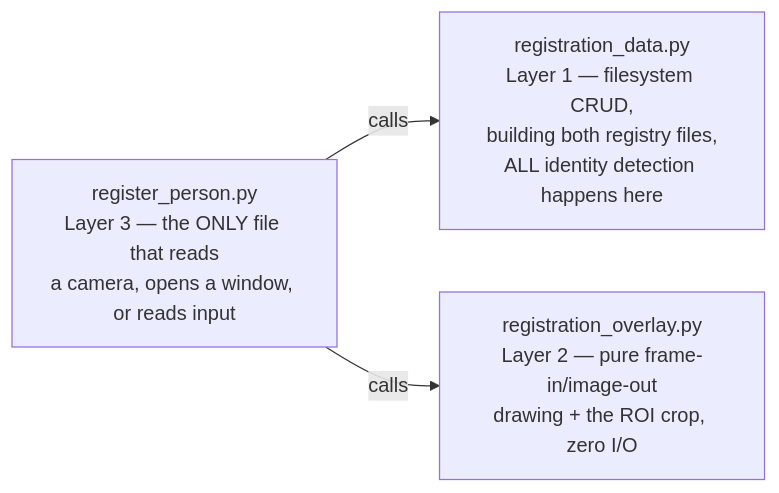
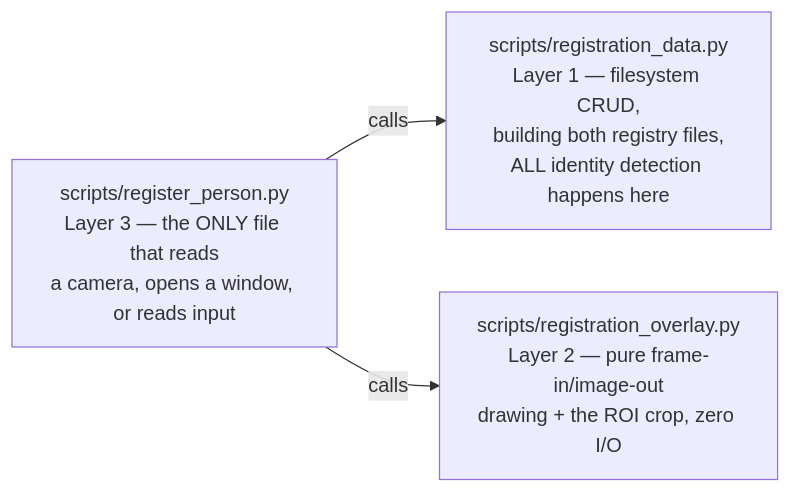
The third of 9 diagrams in docs/architecture.md (NhatNam041206/UOG_ARL_FOLLOWME), drawn with Mermaid before and after one commit. The commit also changed other lines of this file and 34 other files, not shown here.

First line of the commit message:
Restructure repo: tests/scripts/models folders, main.py as the only root .py file

````diff
--- a/docs/architecture.md
+++ b/docs/architecture.md
@@ -253,8 +305,8 @@
 ```mermaid
 flowchart LR
-    L1["registration_data.py\nLayer 1 — filesystem CRUD,\nbuilding both registry files,\nALL identity detection happens here"]
-    L2["registration_overlay.py\nLayer 2 — pure frame-in/image-out\ndrawing + the ROI crop, zero I/O"]
-    L3["register_person.py\nLayer 3 — the ONLY file that reads\na camera, opens a window, or reads input"]
+    L1["scripts/registration_data.py\nLayer 1 — filesystem CRUD,\nbuilding both registry files,\nALL identity detection happens here"]
+    L2["scripts/registration_overlay.py\nLayer 2 — pure frame-in/image-out\ndrawing + the ROI crop, zero I/O"]
+    L3["scripts/register_person.py\nLayer 3 — the ONLY file that reads\na camera, opens a window, or reads input"]
     L3 -->|calls| L1
     L3 -->|calls| L2
 ```
````
